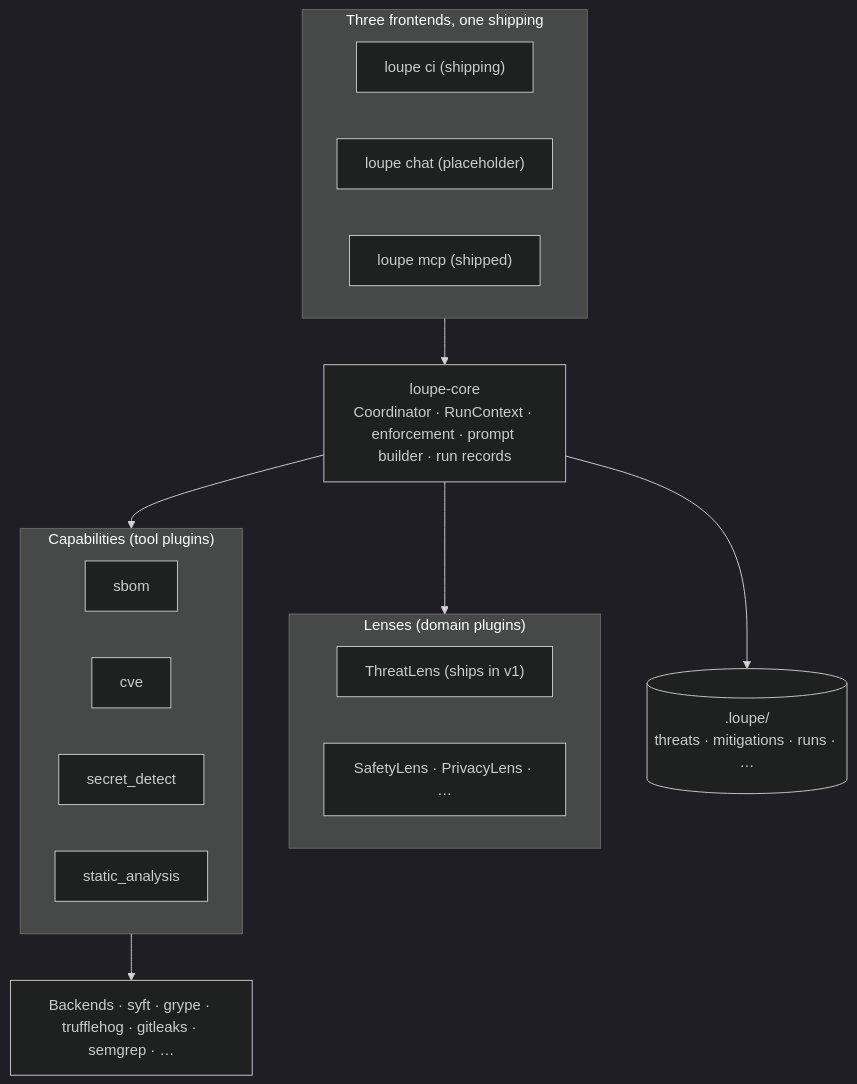
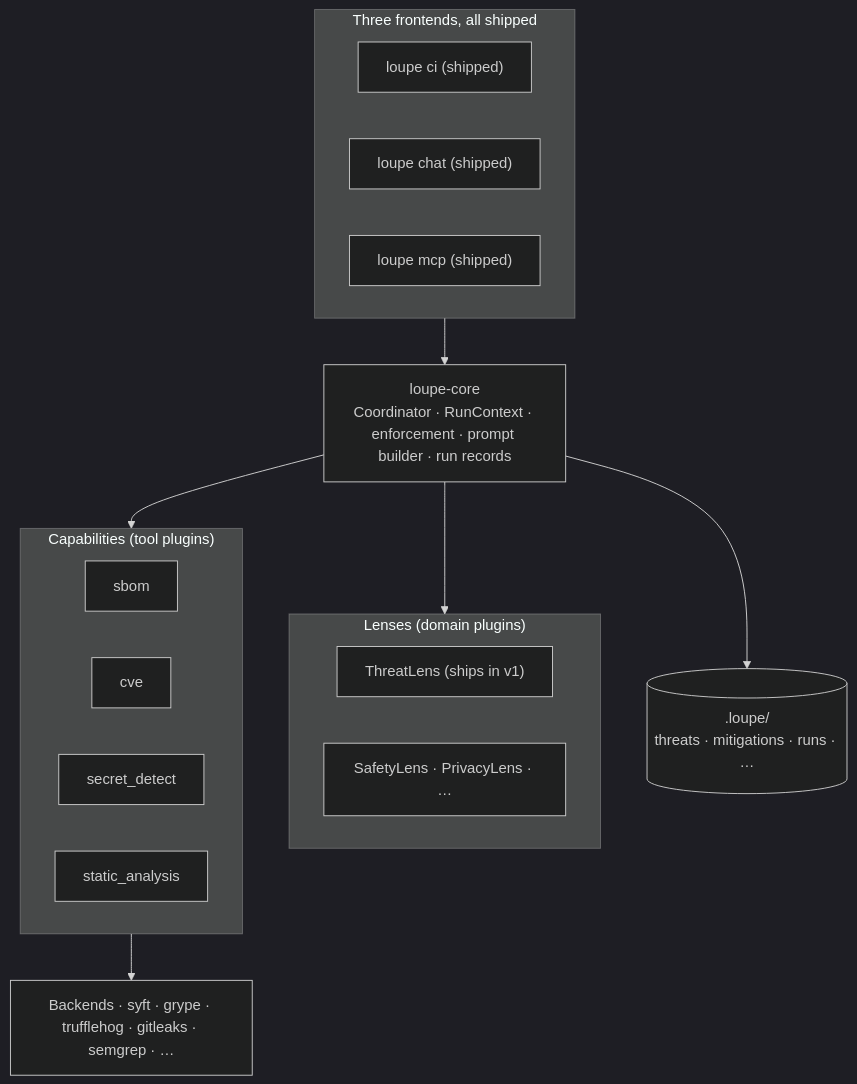
Before and after one commit to fadi-labib/loupe: the first of 2 diagrams in docs/concepts/architecture.md, drawn with Mermaid (dark theme). The commit also changed other lines of this file and 4 other files, not shown here.

Commit message:
docs: mark loupe chat as shipped + add D-26 (.loupe/ git exception)

````diff
--- a/docs/concepts/architecture.md
+++ b/docs/concepts/architecture.md
@@ -13,32 +13,32 @@
 ```mermaid
 flowchart TB
-    subgraph frontends["Three frontends, one shipping"]
-        ci["loupe ci (shipping)"]
-        chat["loupe chat (placeholder)"]
+    subgraph frontends["Three frontends, all shipped"]
+        ci["loupe ci (shipped)"]
+        chat["loupe chat (shipped)"]
         mcp["loupe mcp (shipped)"]
     end
 
     core["loupe-core<br/>Coordinator · RunContext · enforcement · prompt builder · run records"]
 
     subgraph lenses["Lenses (domain plugins)"]
         threatlens["ThreatLens (ships in v1)"]
         future_lenses["SafetyLens · PrivacyLens · …"]
     end
 
     subgraph caps["Capabilities (tool plugins)"]
         sbom["sbom"]
         cve["cve"]
         secrets["secret_detect"]
         sast["static_analysis"]
     end
 
     backends["Backends · syft · grype · trufflehog · gitleaks · semgrep · …"]
 
     frontends --> core
     core --> lenses
     core --> caps
     caps --> backends
 
     artefacts[(.loupe/<br/>threats · mitigations · runs · …)]
     core --> artefacts
 ```
````
